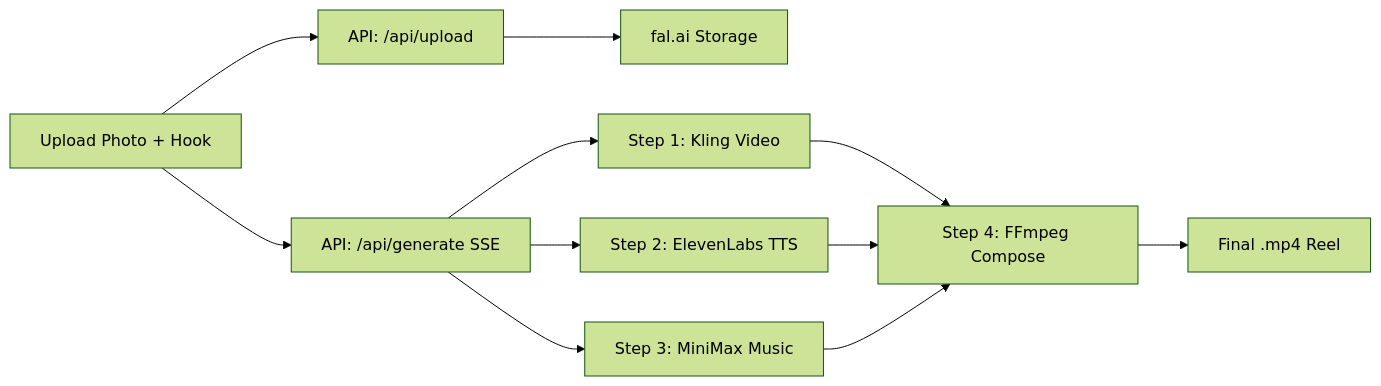
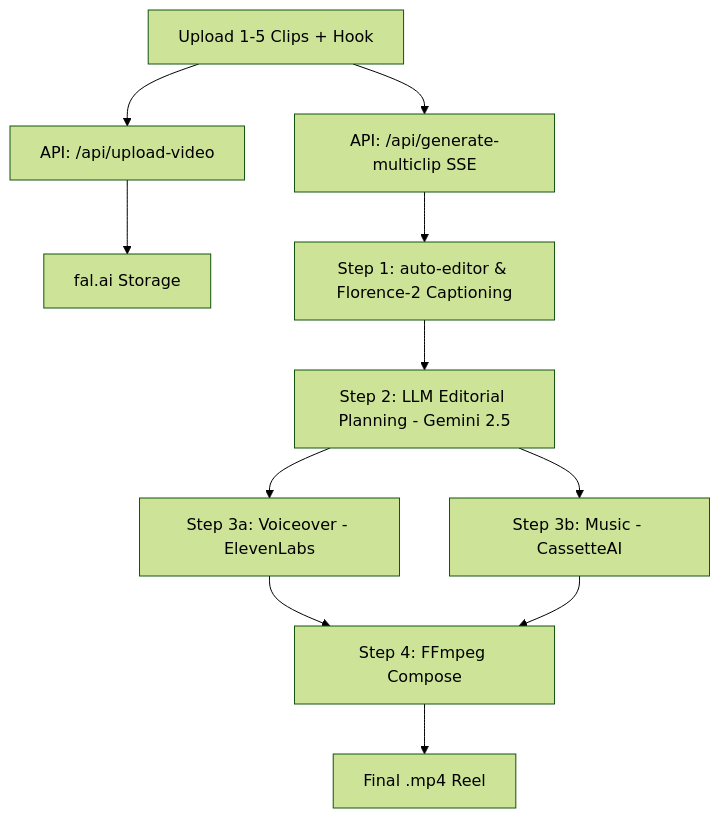
Before and after one commit to Vidharshan/reel_studio: the diagram in walkthrough.md, drawn with Mermaid (forest theme). The commit also changed other lines of this file, not shown here.

````diff
--- a/walkthrough.md
+++ b/walkthrough.md
@@ -13,13 +14,13 @@
 ```mermaid
-graph LR
-    A[Upload Photo + Hook] --> B[API: /api/upload]
+graph TD
+    A[Upload 1-5 Clips + Hook] --> B[API: /api/upload-video]
     B --> C[fal.ai Storage]
-    A --> D[API: /api/generate SSE]
-    D --> E[Step 1: Kling Video]
-    D --> F[Step 2: ElevenLabs TTS]
-    D --> G[Step 3: MiniMax Music]
-    E --> H[Step 4: FFmpeg Compose]
-    F --> H
-    G --> H
+    A --> D[API: /api/generate-multiclip SSE]
+    D --> E[Step 1: auto-editor & Florence-2 Captioning]
+    E --> F[Step 2: LLM Editorial Planning - Gemini 2.5]
+    F --> G1[Step 3a: Voiceover - ElevenLabs]
+    F --> G2[Step 3b: Music - CassetteAI]
+    G1 --> H[Step 4: FFmpeg Compose]
+    G2 --> H
     H --> I[Final .mp4 Reel]
 ```
````
